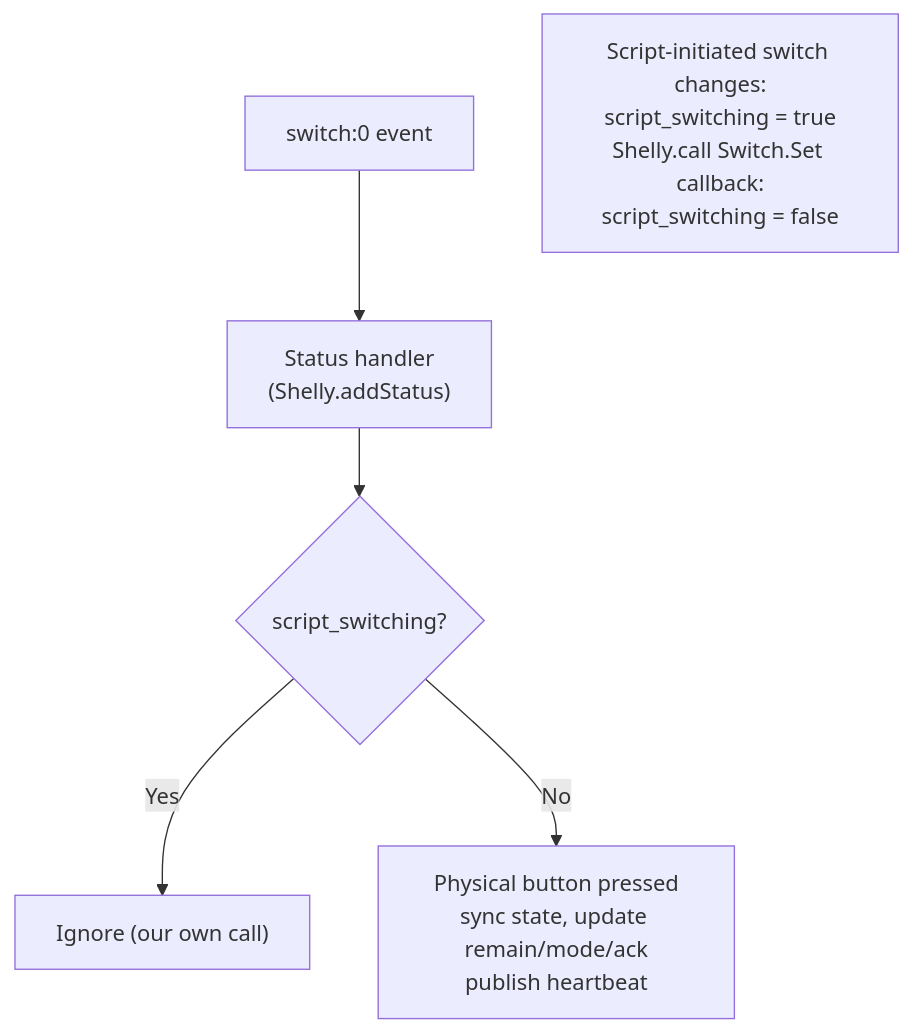
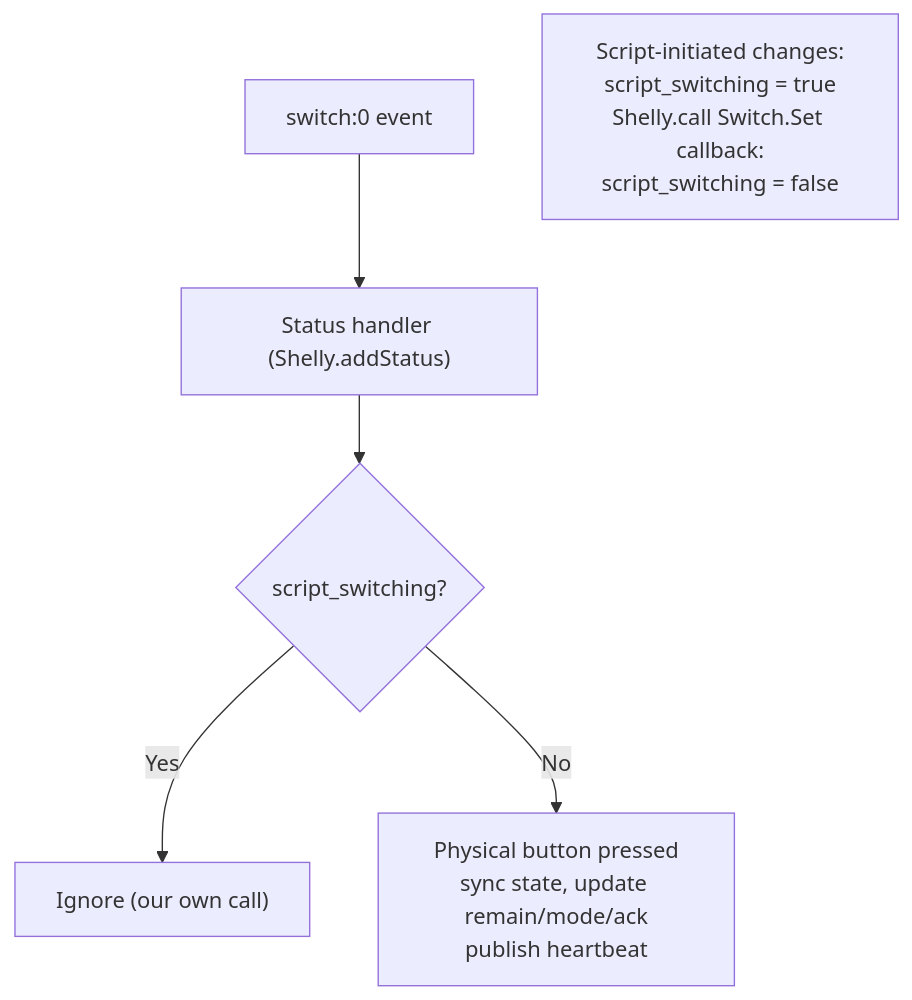
One commit to Laffs2k5/shelly-coffee-timer changed the sixth of 9 diagrams in docs/ARCHITECTURE.md. Above: the diagram before and after it, drawn with Mermaid. The commit also changed other lines of this file and 36 other files, not shown here.

````diff
--- a/docs/ARCHITECTURE.md
+++ b/docs/ARCHITECTURE.md
@@ -99,9 +201,9 @@
 ```mermaid
 flowchart TD
-    Event["switch:0 event"] --> Handler["Status handler<br/>(Shelly.addStatus)"]
+    Event["switch:0 event"] --> Handler["Status handler (Shelly.addStatus)"]
     Handler --> Check{"script_switching?"}
     Check -->|Yes| Ignore["Ignore (our own call)"]
-    Check -->|No| Button["Physical button pressed<br/>sync state, update remain/mode/ack<br/>publish heartbeat"]
+    Check -->|No| ButtonPress["Physical button pressed<br/>sync state, update remain/mode/ack<br/>publish heartbeat"]
 
-    Script["Script-initiated switch changes:<br/>script_switching = true<br/>Shelly.call Switch.Set callback:<br/>script_switching = false"]
+    Script["Script-initiated changes:<br/>script_switching = true<br/>Shelly.call Switch.Set callback:<br/>script_switching = false"]
 ```
````
